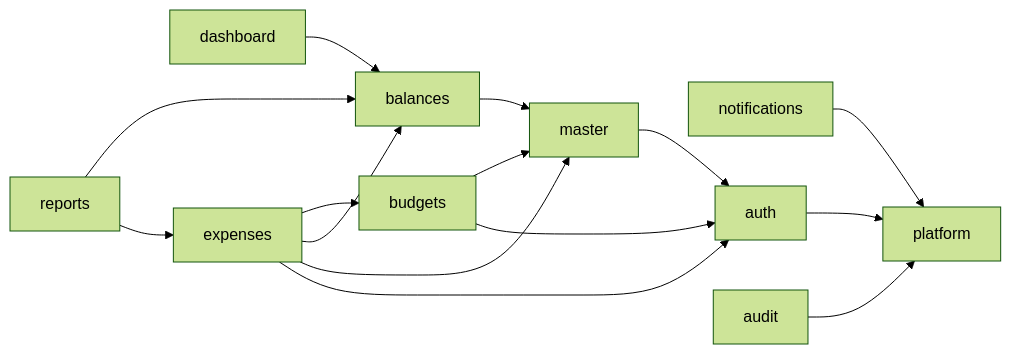
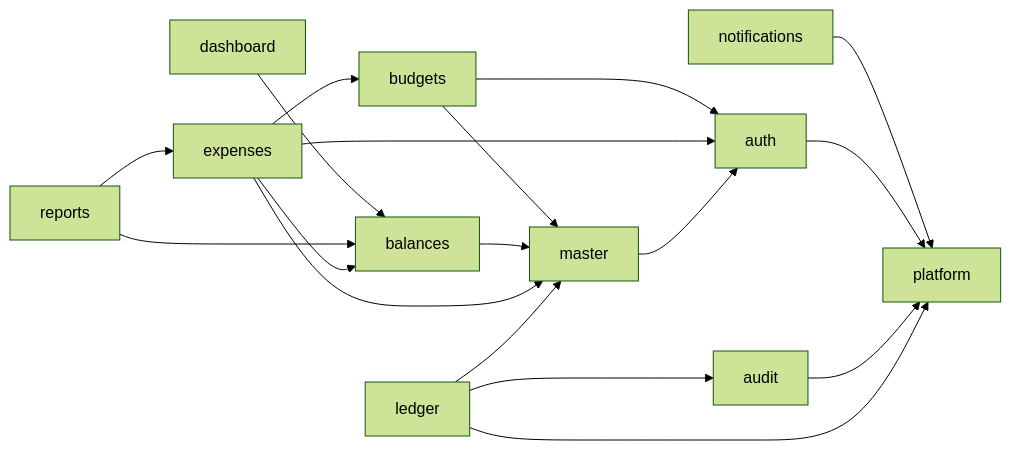
The second of 2 diagrams in architecture.md (manmeet8549/Department-Budget-Tracker), drawn with Mermaid (forest theme) before and after one commit. The commit also changed other lines of this file and 2 other files, not shown here.

Commit message:
docs(ledger): add architecture, techstack, and design specifications for blockchain anchoring (iteration L)

````diff
--- a/architecture.md
+++ b/architecture.md
@@ -50,17 +50,20 @@
 ```mermaid
 flowchart LR
   notifications --> platform
   dashboard --> balances
   reports --> balances
   reports --> expenses
   expenses --> budgets
   expenses --> balances
   budgets --> master
   balances --> master
   expenses --> master
   budgets --> auth
   expenses --> auth
   master --> auth
   auth --> platform
   audit --> platform
+  ledger --> audit
+  ledger --> master
+  ledger --> platform
 ```
````
